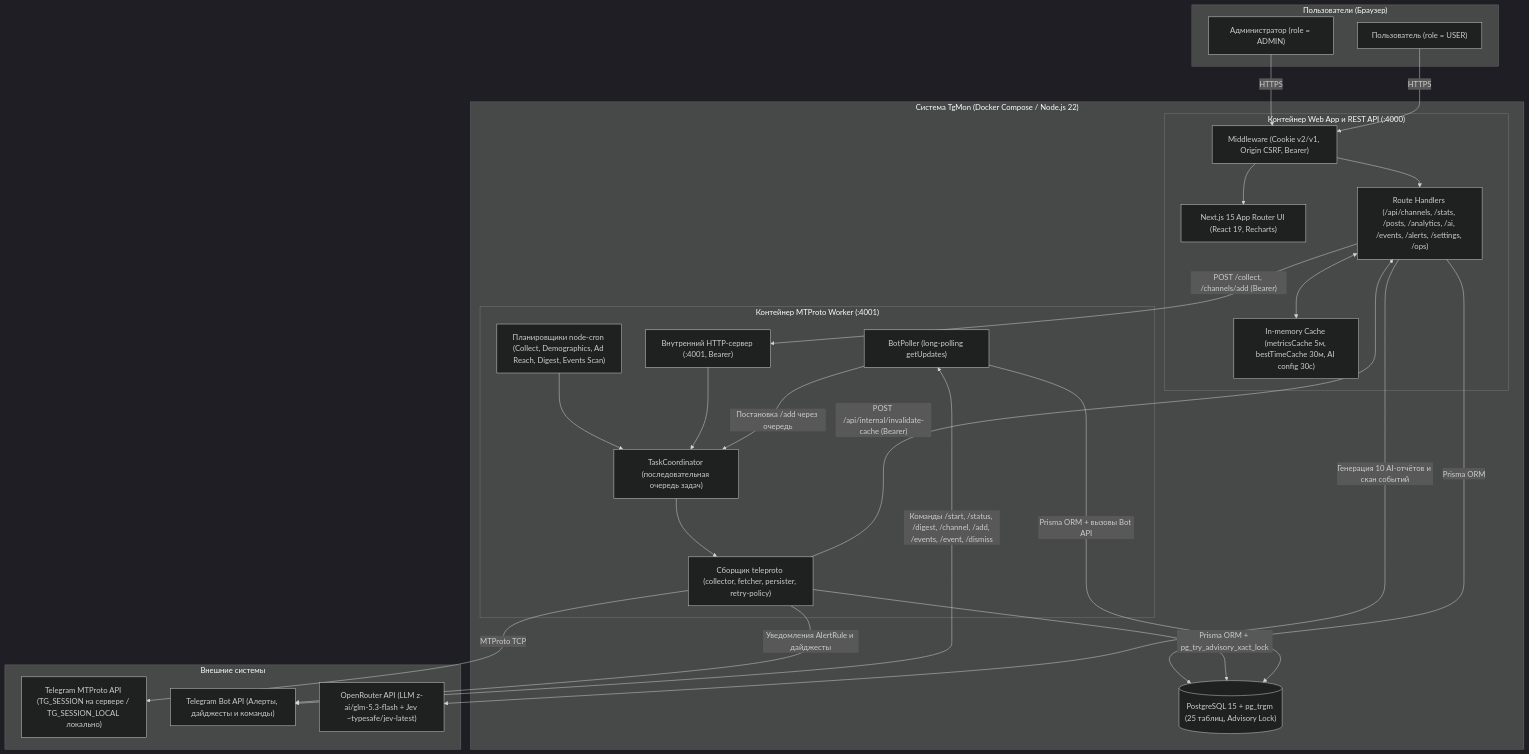
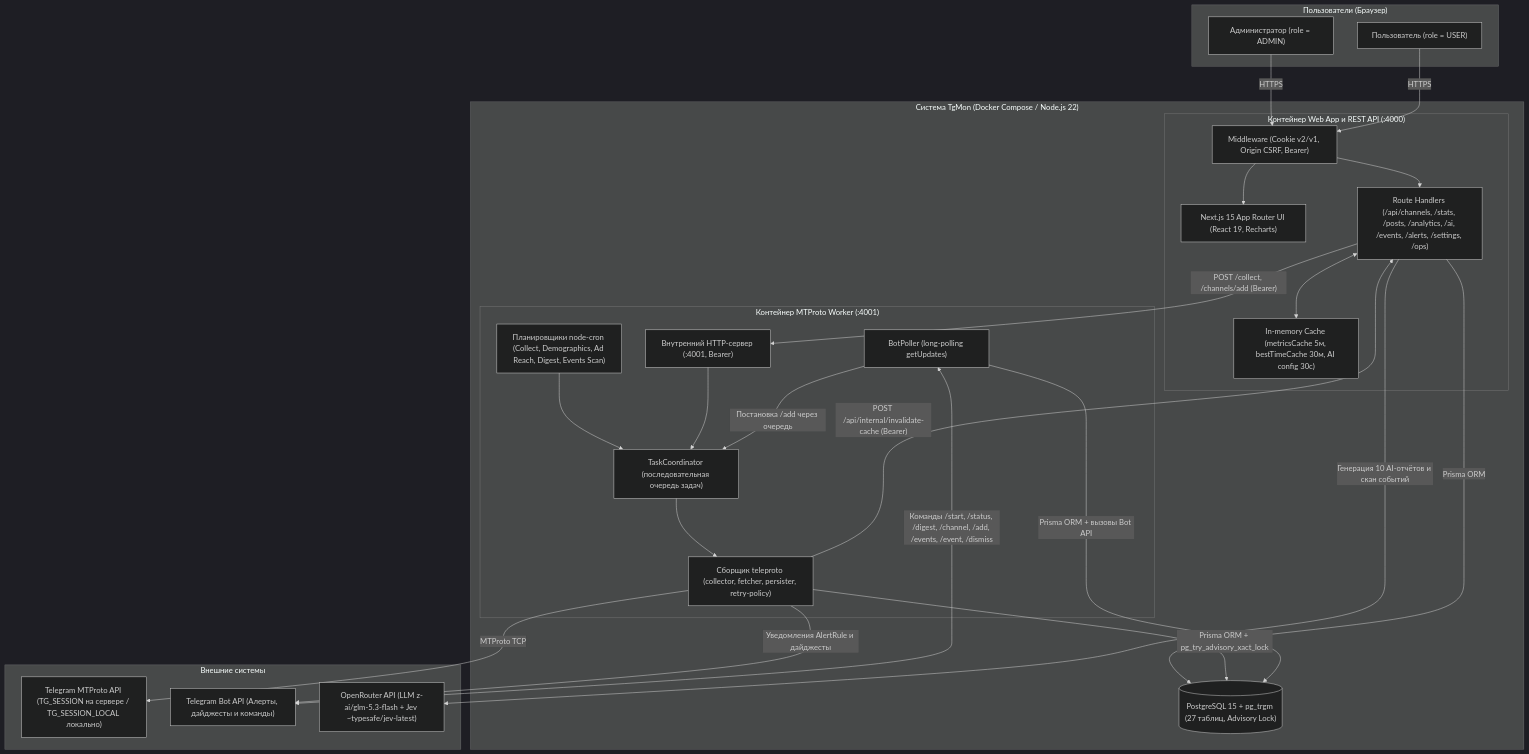
Before and after one commit to liquidsyntes/tg_mons: the first of 9 diagrams in docs/architecture.md, drawn with Mermaid (dark theme). The commit also changed other lines of this file and 49 other files, not shown here.

````diff
--- a/docs/architecture.md
+++ b/docs/architecture.md
@@ -7,52 +7,52 @@
 ```mermaid
 flowchart TB
     subgraph Users["Пользователи (Браузер)"]
         Admin["Администратор (role = ADMIN)"]
         RegularUser["Пользователь (role = USER)"]
     end
 
     subgraph TgMon["Система TgMon (Docker Compose / Node.js 22)"]
         subgraph WebContainer["Контейнер Web App и REST API (:4000)"]
             MW["Middleware (Cookie v2/v1, Origin CSRF, Bearer)"]
             UI["Next.js 15 App Router UI (React 19, Recharts)"]
             API["Route Handlers (/api/channels, /stats, /posts, /analytics, /ai, /events, /alerts, /settings, /ops)"]
             Cache["In-memory Cache (metricsCache 5м, bestTimeCache 30м, AI config 30с)"]
         end
 
         subgraph WorkerContainer["Контейнер MTProto Worker (:4001)"]
             WServer["Внутренний HTTP-сервер (:4001, Bearer)"]
             Cron["Планировщики node-cron (Collect, Demographics, Ad Reach, Digest, Events Scan)"]
             Poller["BotPoller (long-polling getUpdates)"]
             Coord["TaskCoordinator (последовательная очередь задач)"]
             Collector["Сборщик teleproto (collector, fetcher, persister, retry-policy)"]
         end
 
-        DB[("PostgreSQL 15 + pg_trgm (25 таблиц, Advisory Lock)")]
+        DB[("PostgreSQL 15 + pg_trgm (27 таблиц, Advisory Lock)")]
     end
 
     subgraph External["Внешние системы"]
         TG["Telegram MTProto API (TG_SESSION на сервере / TG_SESSION_LOCAL локально)"]
         Bot["Telegram Bot API (Алерты, дайджесты и команды)"]
         OR["OpenRouter API (LLM z-ai/glm-5.3-flash + Jev ~typesafe/jev-latest)"]
     end
 
     Admin -->|"HTTPS"| MW
     RegularUser -->|"HTTPS"| MW
     MW --> UI
     MW --> API
     API <--> Cache
     API -->|"Prisma ORM"| DB
     API -->|"Генерация 10 AI-отчётов и скан событий"| OR
     API -->|"POST /collect, /channels/add (Bearer)"| WServer
 
     Cron --> Coord
     WServer --> Coord
     Poller -->|"Постановка /add через очередь"| Coord
     Coord --> Collector
     Collector -->|"MTProto TCP"| TG
     Collector -->|"Prisma ORM + pg_try_advisory_xact_lock"| DB
     Poller -->|"Prisma ORM + вызовы Bot API"| DB
     Collector -->|"POST /api/internal/invalidate-cache (Bearer)"| API
     Collector -->|"Уведомления AlertRule и дайджесты"| Bot
     Poller <-->|"Команды /start, /status, /digest, /channel, /add, /events, /event, /dismiss"| Bot
 ```
````
